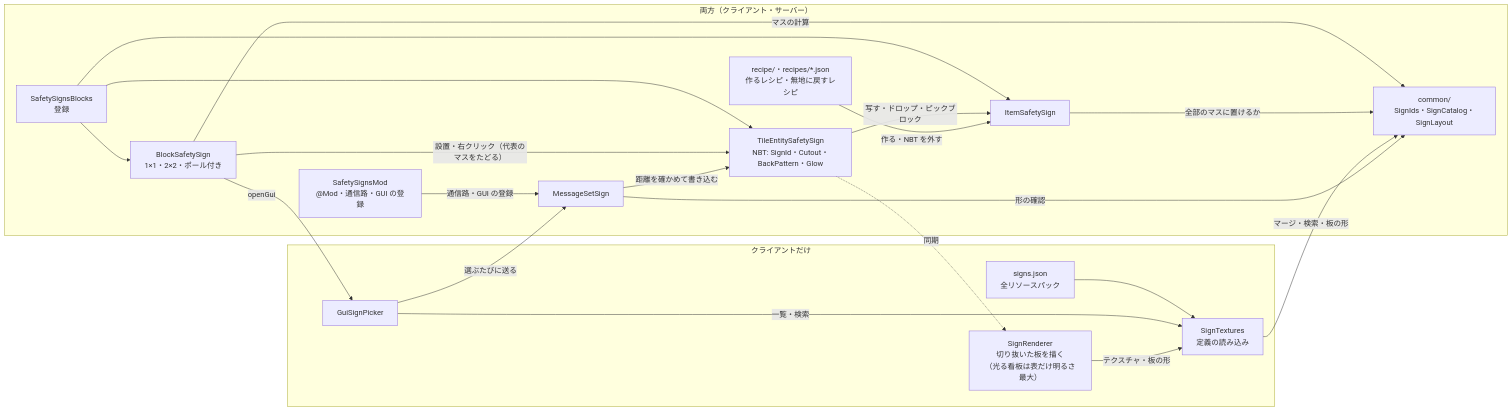
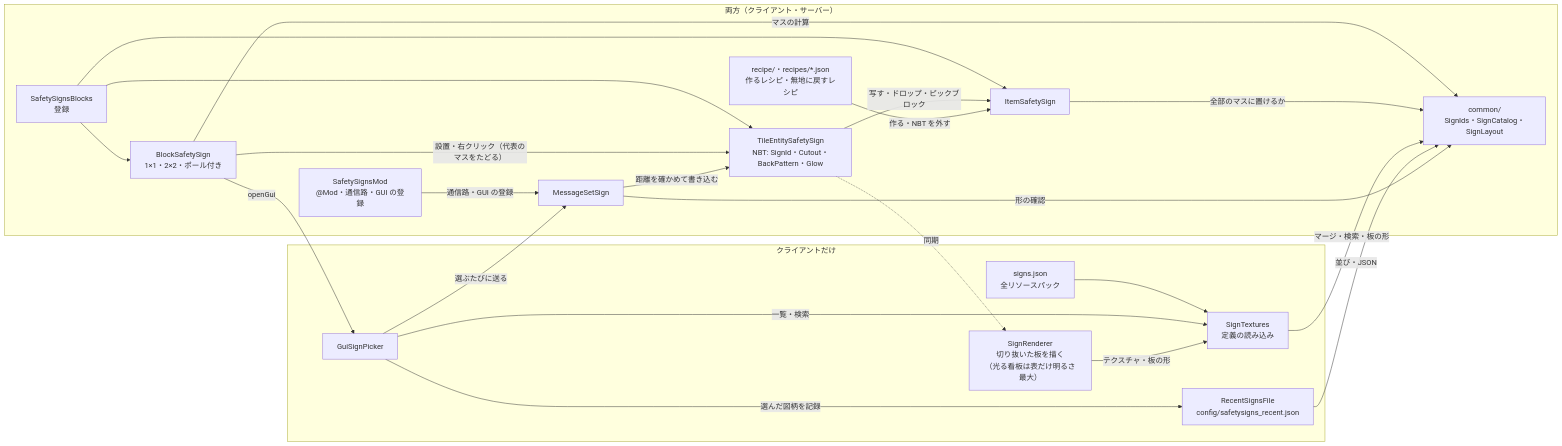
Before and after one commit to zeusisgood/safetysigns: the second of 3 diagrams in doc/architecture.md, drawn with Mermaid. The commit also changed other lines of this file and 24 other files, not shown here.

````diff
--- a/doc/architecture.md
+++ b/doc/architecture.md
@@ -91,37 +93,40 @@
 ```mermaid
 flowchart LR
     subgraph Both["両方（クライアント・サーバー）"]
         Mod["SafetySignsMod<br/>@Mod・通信路・GUI の登録"]
         Reg["SafetySignsBlocks<br/>登録"]
         Block["BlockSafetySign<br/>1×1・2×2・ポール付き"]
         Item["ItemSafetySign"]
         TE["TileEntitySafetySign<br/>NBT: SignId・Cutout・BackPattern・Glow"]
         Msg["MessageSetSign"]
         Common["common/<br/>SignIds・SignCatalog・SignLayout"]
         Recipe["recipe/・recipes/*.json<br/>作るレシピ・無地に戻すレシピ"]
     end
     subgraph Client["クライアントだけ"]
         Tex["SignTextures<br/>定義の読み込み"]
         Json["signs.json<br/>全リソースパック"]
         Render["SignRenderer<br/>切り抜いた板を描く<br/>（光る看板は表だけ明るさ最大）"]
         Gui["GuiSignPicker"]
+        Recent["RecentSignsFile<br/>config/safetysigns_recent.json"]
     end
     Mod -- 通信路・GUI の登録 --> Msg
     Reg --> Block
     Reg --> Item
     Reg --> TE
     Block -->|"設置・右クリック（代表のマスをたどる）"| TE
     Block -- マスの計算 --> Common
     Item -- 全部のマスに置けるか --> Common
     TE -- 写す・ドロップ・ピックブロック --> Item
     Recipe -- 作る・NBT を外す --> Item
     Block -- openGui --> Gui
     Json --> Tex
     Tex -- マージ・検索・板の形 --> Common
     Gui -- 一覧・検索 --> Tex
     Gui -- 選ぶたびに送る --> Msg
+    Gui -- 選んだ図柄を記録 --> Recent
+    Recent -- 並び・JSON --> Common
     Msg -- 形の確認 --> Common
     Msg -- 距離を確かめて書き込む --> TE
     TE -. 同期 .-> Render
     Render -- テクスチャ・板の形 --> Tex
 ```
````
